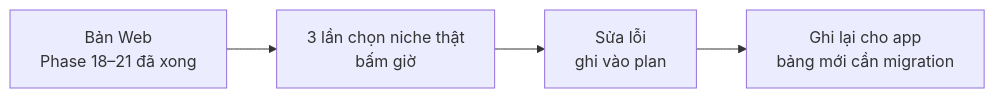
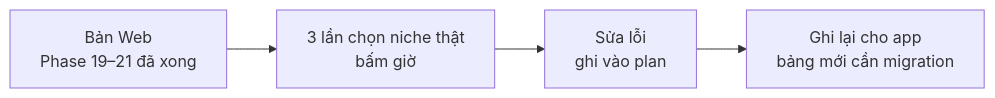
Before and after one commit to nvminhtu/niche-radar-docs: the diagram in docs/web/phase-22-review-3.md, drawn with Mermaid. The commit also changed other lines of this file and 25 other files, not shown here.

Commit message:
docs: sync Phase 9 ứng viên ưu tiên + lộ trình Web trước App Mac, Phase 55b

````diff
--- a/docs/web/phase-22-review-3.md
+++ b/docs/web/phase-22-review-3.md
@@ -10,6 +10,6 @@
 ```mermaid
 flowchart LR
-  W[Bản Web<br/>Phase 18–21 đã xong] --> R[3 lần chọn niche thật<br/>bấm giờ]
+  W[Bản Web<br/>Phase 19–21 đã xong] --> R[3 lần chọn niche thật<br/>bấm giờ]
   R --> F[Sửa lỗi<br/>ghi vào plan]
   F --> D[Ghi lại cho app<br/>bảng mới cần migration]
 ```
````
